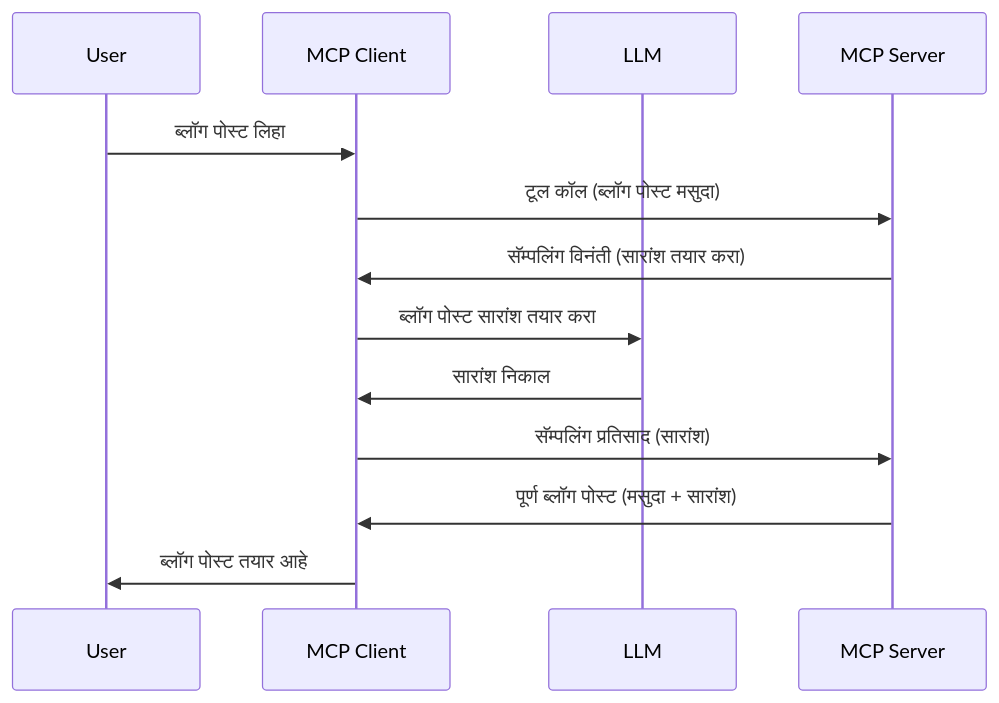
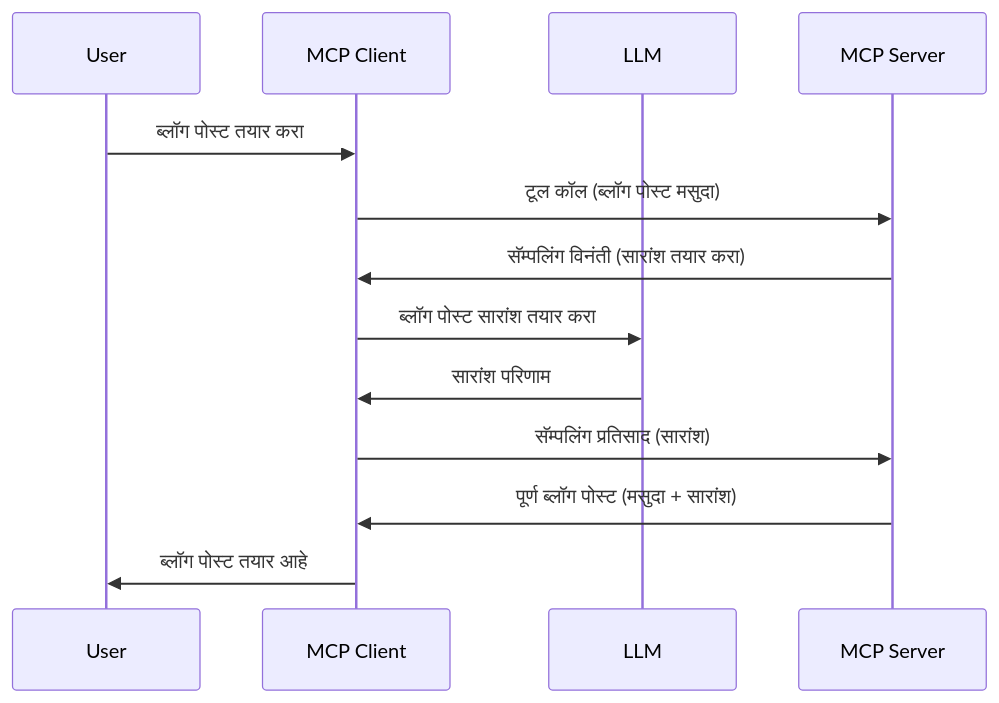
Before and after one commit to HIDORAKAI002/ai-workspace-archive: the diagram in mcp_ecosystem__model_context_protocol/mcp_learning_resources/mcp-for-beginners/translations/mr/03-GettingStarted/14-sampling/README.md, drawn with Mermaid. The commit also changed other lines of this file and 1160 other files, not shown here.

````diff
--- a/mcp_ecosystem__model_context_protocol/mcp_learning_resources/mcp-for-beginners/translations/mr/03-GettingStarted/14-sampling/README.md
+++ b/mcp_ecosystem__model_context_protocol/mcp_learning_resources/mcp-for-beginners/translations/mr/03-GettingStarted/14-sampling/README.md
@@ -23,16 +23,16 @@
 ```mermaid
 sequenceDiagram
     participant User
     participant MCP Client
     participant LLM
     participant MCP Server
 
-    User->>MCP Client: ब्लॉग पोस्ट लिहा
+    User->>MCP Client: ब्लॉग पोस्ट तयार करा
     MCP Client->>MCP Server: टूल कॉल (ब्लॉग पोस्ट मसुदा)
     MCP Server->>MCP Client: सॅम्पलिंग विनंती (सारांश तयार करा)
     MCP Client->>LLM: ब्लॉग पोस्ट सारांश तयार करा
-    LLM->>MCP Client: सारांश निकाल
+    LLM->>MCP Client: सारांश परिणाम
     MCP Client->>MCP Server: सॅम्पलिंग प्रतिसाद (सारांश)
     MCP Server->>MCP Client: पूर्ण ब्लॉग पोस्ट (मसुदा + सारांश)
     MCP Client->>User: ब्लॉग पोस्ट तयार आहे
 ```
````
